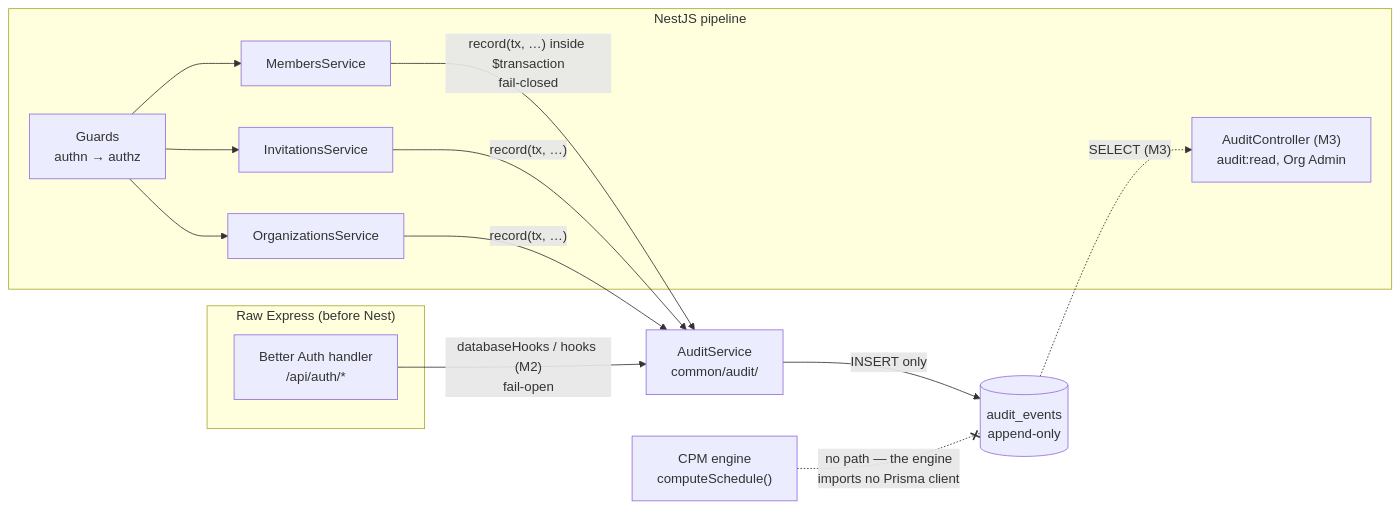
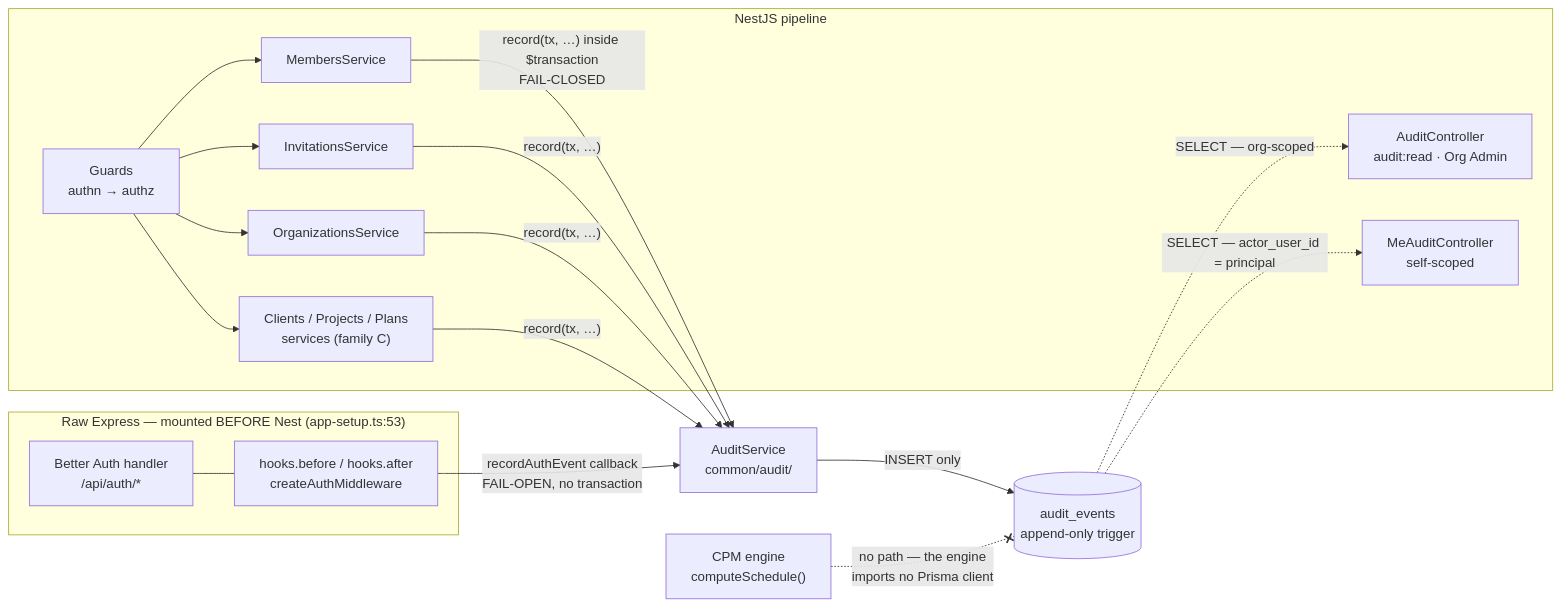
The first of 5 diagrams in docs/specs/audit-log/feature-spec.md (HuttonHomeHub/SchedulePoint_1), drawn with Mermaid before and after one commit. The commit also changed other lines of this file and 4 other files, not shown here.

First line of the commit message:
feat(api): add the audit:read permission, granted to Org Admin only

````diff
--- a/docs/specs/audit-log/feature-spec.md
+++ b/docs/specs/audit-log/feature-spec.md
@@ -375,26 +514,32 @@
 ```mermaid
 flowchart LR
-  subgraph raw["Raw Express (before Nest)"]
+  subgraph raw["Raw Express — mounted BEFORE Nest (app-setup.ts:53)"]
     BA["Better Auth handler<br/>/api/auth/*"]
+    HK["hooks.before / hooks.after<br/>createAuthMiddleware"]
+    BA --- HK
   end
   subgraph nest["NestJS pipeline"]
     G["Guards<br/>authn → authz"]
     MS["MembersService"]
     IS["InvitationsService"]
     OS["OrganizationsService"]
-    AC["AuditController (M3)<br/>audit:read, Org Admin"]
+    HS["Clients / Projects / Plans<br/>services (family C)"]
+    AC["AuditController<br/>audit:read · Org Admin"]
+    ME["MeAuditController<br/>self-scoped"]
   end
   AS["AuditService<br/>common/audit/"]
-  DB[("audit_events<br/>append-only")]
+  DB[("audit_events<br/>append-only trigger")]
 
-  BA -- "databaseHooks / hooks (M2)<br/>fail-open" --> AS
-  G --> MS & IS & OS
-  MS -- "record(tx, …) inside $transaction<br/>fail-closed" --> AS
+  HK -- "recordAuthEvent callback<br/>FAIL-OPEN, no transaction" --> AS
+  G --> MS & IS & OS & HS
+  MS -- "record(tx, …) inside $transaction<br/>FAIL-CLOSED" --> AS
   IS -- "record(tx, …)" --> AS
   OS -- "record(tx, …)" --> AS
+  HS -- "record(tx, …)" --> AS
   AS -- "INSERT only" --> DB
-  DB -. "SELECT (M3)" .-> AC
+  DB -. "SELECT — org-scoped" .-> AC
+  DB -. "SELECT — actor_user_id = principal" .-> ME
 
   CPM["CPM engine<br/>computeSchedule()"]
   CPM -. "no path — the engine<br/>imports no Prisma client" .-x DB
 ```
````
